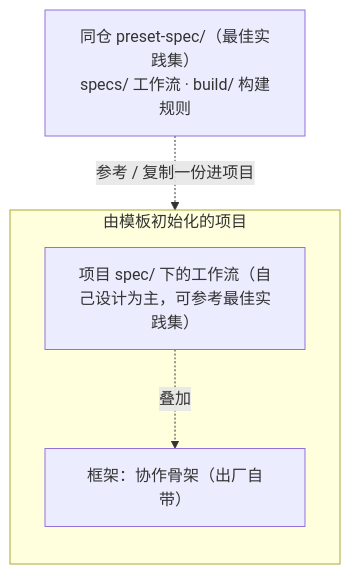
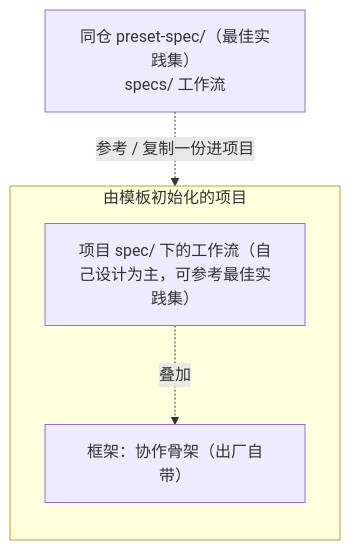
One commit to The-Daybreaker/project-spec changed the diagram in preset-spec/README.md. Above: the diagram before and after it, drawn with Mermaid. The commit also changed other lines of this file and 10 other files, not shown here.

First line of the commit message:
feat(spec): build 构建规则内置进模板 spec/build、移出 preset-spec（决策 70）

````diff
--- a/preset-spec/README.md
+++ b/preset-spec/README.md
@@ -5,11 +5,11 @@
 ```mermaid
 flowchart TB
-  SHELF["同仓 preset-spec/（最佳实践集）<br/>specs/ 工作流 · build/ 构建规则"]
+  SHELF["同仓 preset-spec/（最佳实践集）<br/>specs/ 工作流"]
   subgraph PROJ["由模板初始化的项目"]
     direction TB
     SPEC["项目 spec/ 下的工作流（自己设计为主，可参考最佳实践集）"]
     FRAME["框架：协作骨架（出厂自带）"]
     SPEC -. "叠加" .-> FRAME
   end
   SHELF -. "参考 / 复制一份进项目" .-> SPEC
 ```
````
